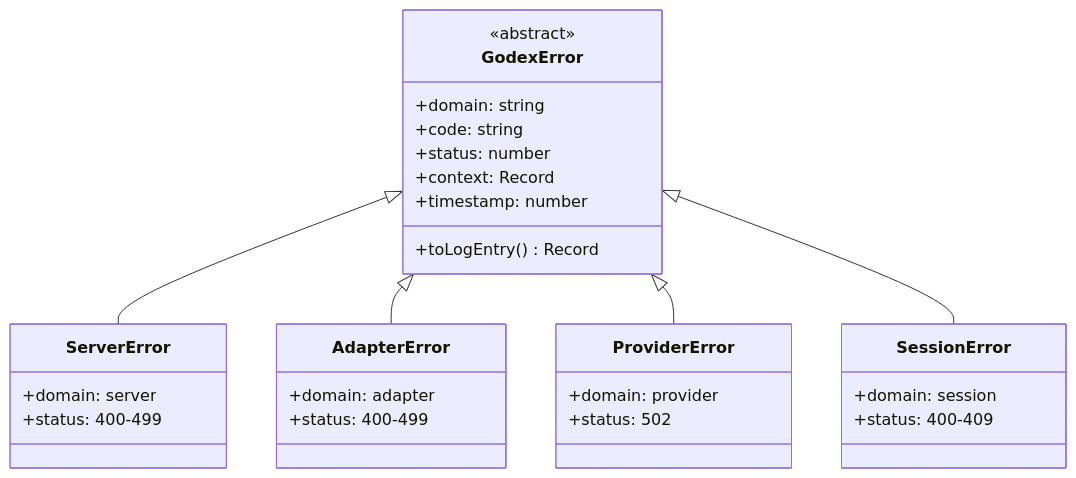
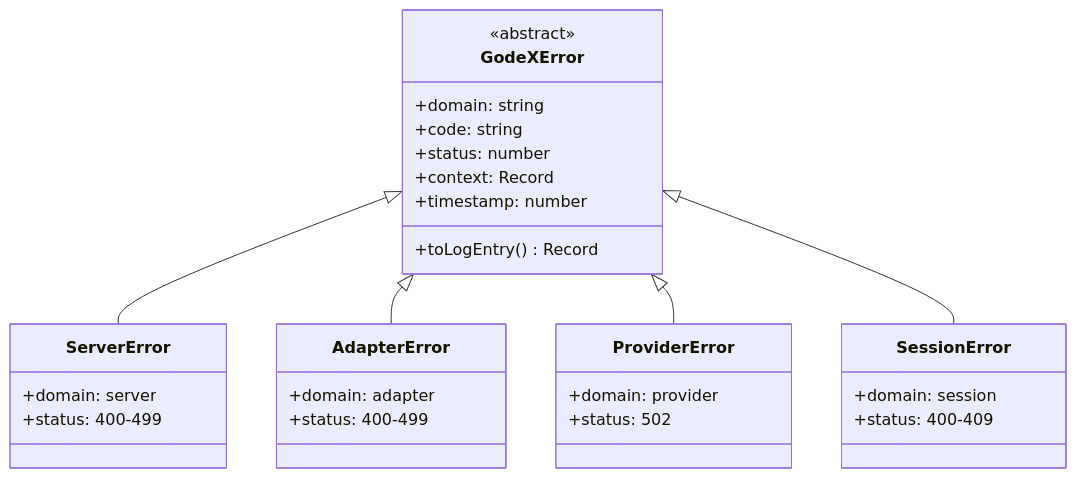
Before and after one commit to zamelee/GodeX: the diagram in wiki/06-error-handling/error-hierarchy.md, drawn with Mermaid. The commit also changed other lines of this file and 96 other files, not shown here.

First line of the commit message:
refactor: Rename project from Godex to GodeX (#44)

````diff
--- a/wiki/06-error-handling/error-hierarchy.md
+++ b/wiki/06-error-handling/error-hierarchy.md
@@ -12,39 +12,39 @@
 ```mermaid
 classDiagram
   direction TB
 
-  class GodexError {
+  class GodeXError {
     <<abstract>>
     +domain: string
     +code: string
     +status: number
     +context: Record
     +timestamp: number
     +toLogEntry() Record
   }
 
   class ServerError {
     +domain: server
     +status: 400-499
   }
 
   class AdapterError {
     +domain: adapter
     +status: 400-499
   }
 
   class ProviderError {
     +domain: provider
     +status: 502
   }
 
   class SessionError {
     +domain: session
     +status: 400-409
   }
 
-  GodexError <|-- ServerError
-  GodexError <|-- AdapterError
-  GodexError <|-- ProviderError
-  GodexError <|-- SessionError
+  GodeXError <|-- ServerError
+  GodeXError <|-- AdapterError
+  GodeXError <|-- ProviderError
+  GodeXError <|-- SessionError
 ```
````
